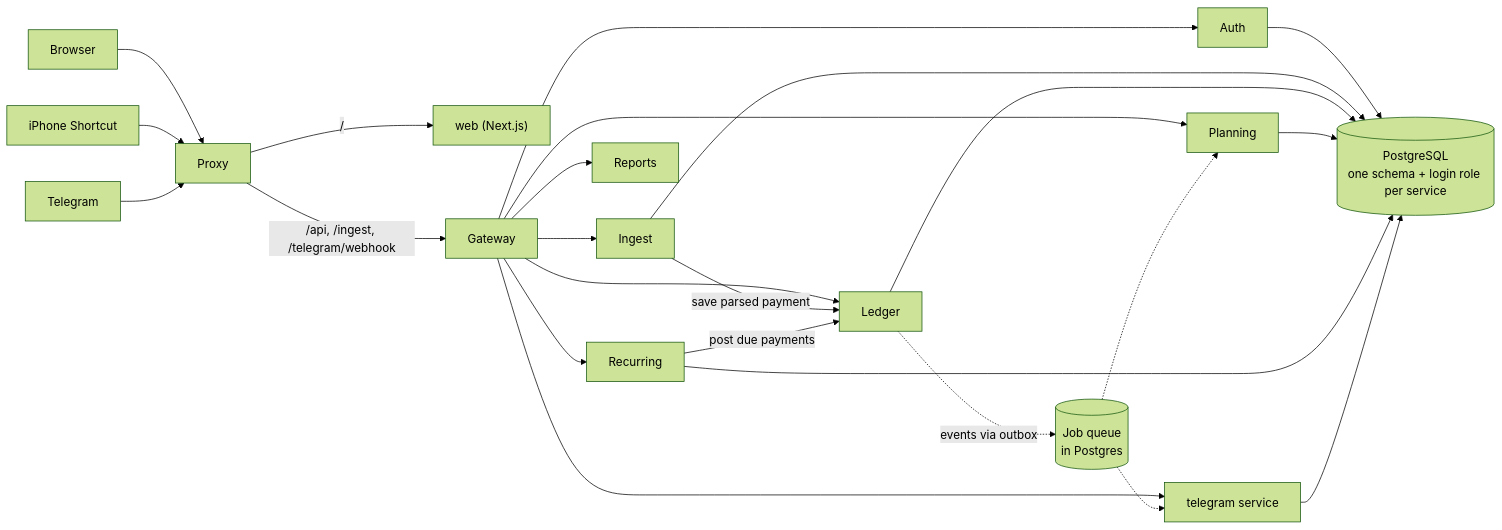
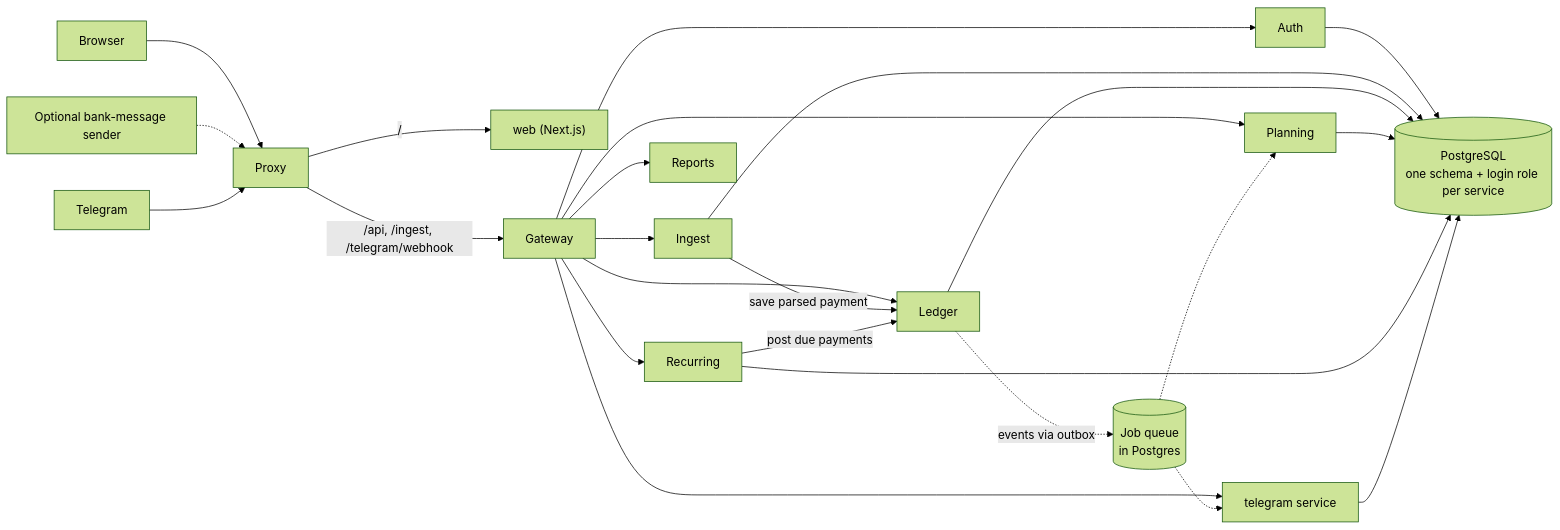
One commit to aayushsugandhi2703/LBStash changed the first of 2 diagrams in README.md. Above: the diagram before and after it, drawn with Mermaid (forest theme). The commit also changed other lines of this file and 171 other files, not shown here.

````diff
--- a/README.md
+++ b/README.md
@@ -32,21 +32,21 @@
 ```mermaid
 flowchart LR
   Browser --> Proxy
-  Phone["iPhone Shortcut"] --> Proxy
+  Sender["Optional bank-message sender"] -.-> Proxy
   Telegram --> Proxy
   Proxy -->|"/"| Web["web (Next.js)"]
   Proxy -->|"/api, /ingest, /telegram/webhook"| Gateway
   Gateway --> Auth
   Gateway --> Ingest
   Gateway --> Ledger
   Gateway --> Planning
   Gateway --> Recurring
   Gateway --> Reports
   Gateway --> Tg["telegram service"]
   Ingest -->|save parsed payment| Ledger
   Ledger -.->|events via outbox| Q[("Job queue<br/>in Postgres")]
   Q -.-> Planning
   Q -.-> Tg
   Recurring -->|post due payments| Ledger
   Auth & Ingest & Ledger & Planning & Recurring & Tg --> DB[("PostgreSQL<br/>one schema + login role per service")]
 ```
````
